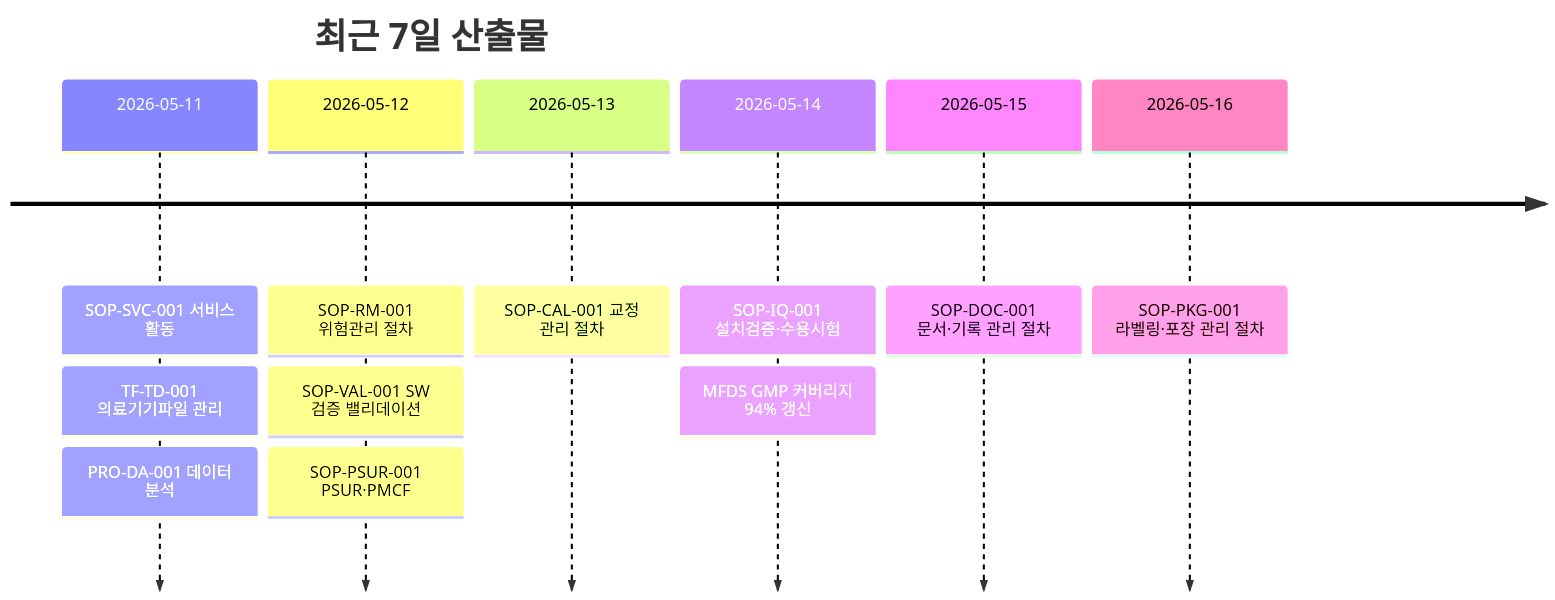
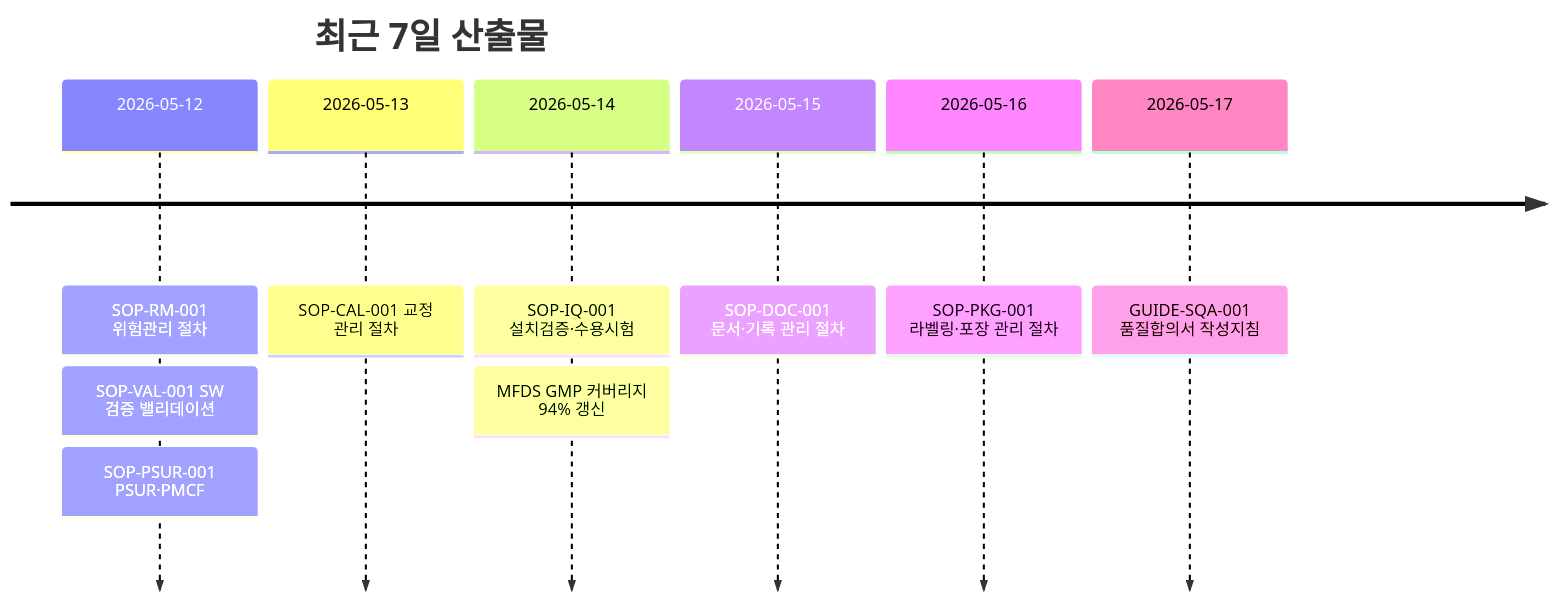
Before and after one commit to holee9/MD-process: the third of 4 diagrams in README.md, drawn with Mermaid. The commit also changed other lines of this file, not shown here.

````diff
--- a/README.md
+++ b/README.md
@@ -143,15 +143,13 @@
 ```mermaid
 timeline
     title 최근 7일 산출물
-    2026-05-11 : SOP-SVC-001 서비스 활동
-               : TF-TD-001 의료기기파일 관리
-               : PRO-DA-001 데이터 분석
     2026-05-12 : SOP-RM-001 위험관리 절차
                : SOP-VAL-001 SW 검증 밸리데이션
                : SOP-PSUR-001 PSUR·PMCF
     2026-05-13 : SOP-CAL-001 교정 관리 절차
     2026-05-14 : SOP-IQ-001 설치검증·수용시험
                : MFDS GMP 커버리지 94% 갱신
     2026-05-15 : SOP-DOC-001 문서·기록 관리 절차
     2026-05-16 : SOP-PKG-001 라벨링·포장 관리 절차
+    2026-05-17 : GUIDE-SQA-001 품질합의서 작성지침
 ```
````
